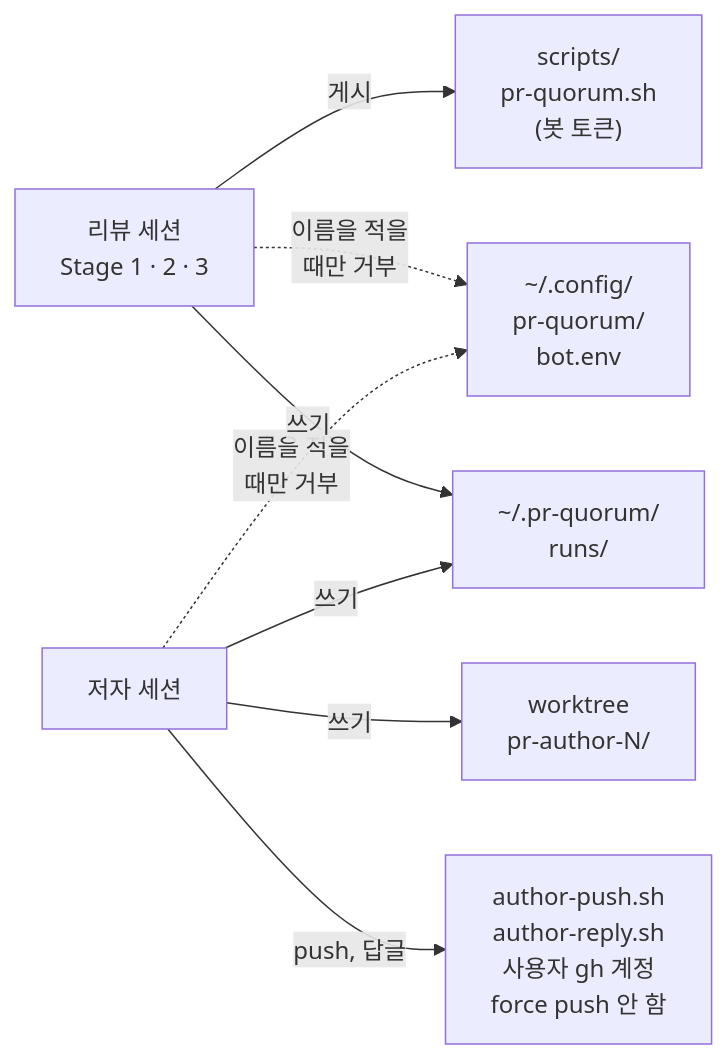
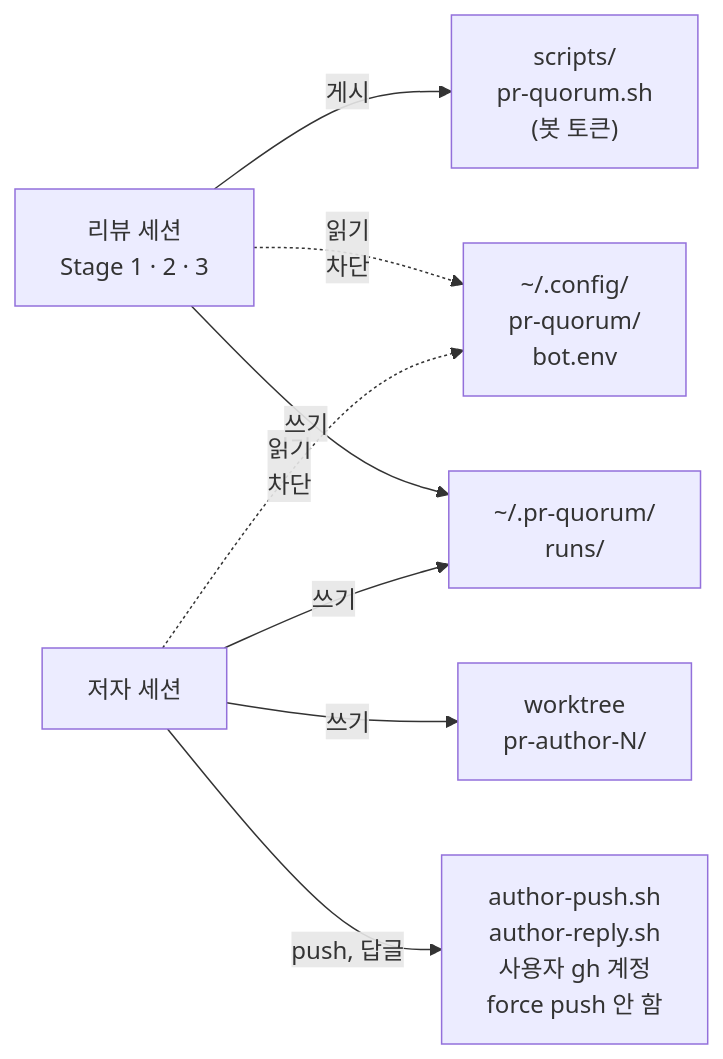
The fifth of 5 diagrams in README.ko.md (thswlsqls/pr-quorum), drawn with Mermaid before and after one commit. The commit also changed other lines of this file and 1 other file, not shown here.

````diff
--- a/README.ko.md
+++ b/README.ko.md
@@ -390,12 +393,12 @@
 ```mermaid
 flowchart LR
   R1["리뷰 세션<br/>Stage 1 · 2 · 3"]
   A1["저자 세션"]
   R1 -- "게시" --> PQ["scripts/<br/>pr-quorum.sh<br/>(봇 토큰)"]
-  R1 -. "이름을 적을<br/>때만 거부" .-> TOK["~/.config/<br/>pr-quorum/<br/>bot.env"]
-  A1 -. "이름을 적을<br/>때만 거부" .-> TOK
+  R1 -. "읽기<br/>차단" .-> TOK["~/.config/<br/>pr-quorum/<br/>bot.env"]
+  A1 -. "읽기<br/>차단" .-> TOK
   R1 -- "쓰기" --> RUNS["~/.pr-quorum/<br/>runs/"]
   A1 -- "쓰기" --> RUNS
   A1 -- "쓰기" --> WT["worktree<br/>pr-author-N/"]
   A1 -- "push, 답글" --> AS["author-push.sh<br/>author-reply.sh<br/>사용자 gh 계정<br/>force push 안 함"]
 ```
````
